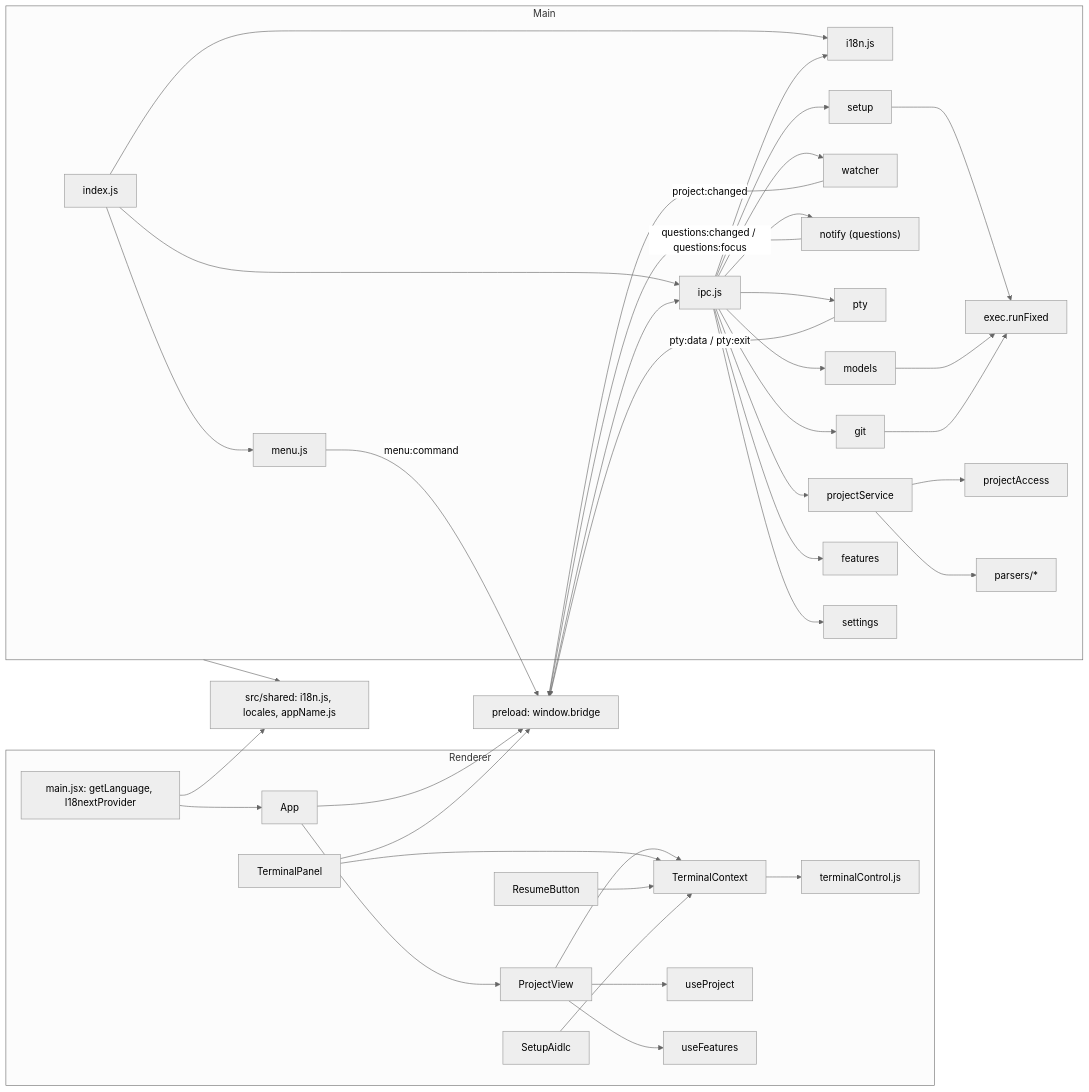
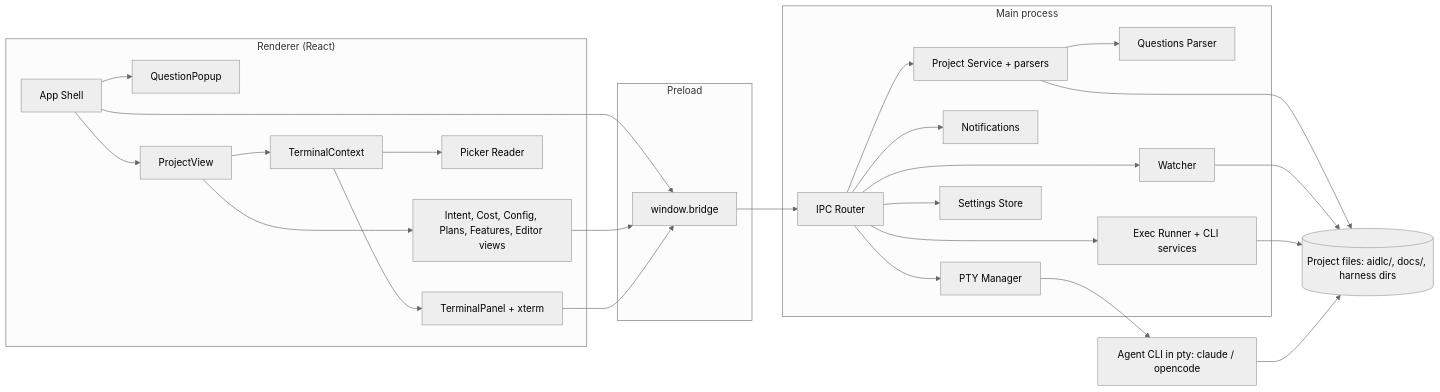
One commit to tochman/ai-dlc-thadeus changed the first of 4 diagrams in aidlc/spaces/default/codekb/aidlc-dash/architecture.md. Above: the diagram before and after it, drawn with Mermaid (neutral theme). The commit also changed other lines of this file and 495 other files, not shown here.

First line of the commit message:
feat(US-0506): answer Claude Code and opencode questions in a dialog, see their messages (#31)

````diff
--- a/aidlc/spaces/default/codekb/aidlc-dash/architecture.md
+++ b/aidlc/spaces/default/codekb/aidlc-dash/architecture.md
@@ -50,45 +22,49 @@
 ```mermaid
 flowchart LR
-  subgraph Renderer
-    Boot["main.jsx: getLanguage, I18nextProvider"] --> App
-    App --> ProjectView
-    ProjectView --> TerminalContext
-    TerminalPanel --> TerminalContext
-    TerminalContext --> TerminalControl["terminalControl.js"]
-    ResumeButton --> TerminalContext
-    SetupAidlc --> TerminalContext
-    ProjectView --> useProject
-    ProjectView --> useFeatures
+  subgraph Renderer["Renderer (React)"]
+    App["App Shell"]
+    QP["QuestionPopup"]
+    PV["ProjectView"]
+    TC["TerminalContext"]
+    TP["TerminalPanel + xterm"]
+    PK["Picker Reader"]
+    Views["Intent, Cost, Config, Plans, Features, Editor views"]
   end
-  Shared["src/shared: i18n.js, locales, appName.js"]
-  Boot --> Shared
-  Preload["preload: window.bridge"]
-  subgraph MainProc["Main"]
-    Entry["index.js"] --> IPC["ipc.js"]
-    Entry --> I18N["i18n.js"]
-    Entry --> Menu["menu.js"]
-    IPC --> PS["projectService"]
-    IPC --> W["watcher"]
-    IPC --> Q["notify (questions)"]
-    IPC --> PTY["pty"]
-    IPC --> G["git"]
-    IPC --> S["setup"]
-    IPC --> M["models"]
-    IPC --> F["features"]
-    IPC --> ST["settings"]
-    IPC --> I18N
-    S --> X["exec.runFixed"]
-    M --> X
-    G --> X
-    PS --> PA["projectAccess"]
-    PS --> P["parsers/*"]
+  subgraph Preload
+    BR["window.bridge"]
   end
-  MainProc --> Shared
-  App --> Preload
-  TerminalPanel --> Preload
-  Preload --> IPC
-  W -- "project:changed" --> Preload
-  Q -- "questions:changed / questions:focus" --> Preload
-  PTY -- "pty:data / pty:exit" --> Preload
-  Menu -- "menu:command" --> Preload
+  subgraph Main["Main process"]
+    IPC["IPC Router"]
+    PS["Project Service + parsers"]
+    QS["Questions Parser"]
+    NT["Notifications"]
+    PTY["PTY Manager"]
+    WA["Watcher"]
+    CLI["Exec Runner + CLI services"]
+    ST["Settings Store"]
+  end
+  FS[("Project files: aidlc/, docs/, harness dirs")]
+  AG["Agent CLI in pty: claude / opencode"]
+  App --> QP
+  App --> PV
+  PV --> TC
+  TC --> TP
+  TC --> PK
+  PV --> Views
+  App --> BR
+  Views --> BR
+  TP --> BR
+  BR --> IPC
+  IPC --> PS
+  PS --> QS
+  IPC --> NT
+  IPC --> PTY
+  IPC --> WA
+  IPC --> CLI
+  IPC --> ST
+  PS --> FS
+  WA --> FS
+  CLI --> FS
+  PTY --> AG
+  AG --> FS
 ```
````
